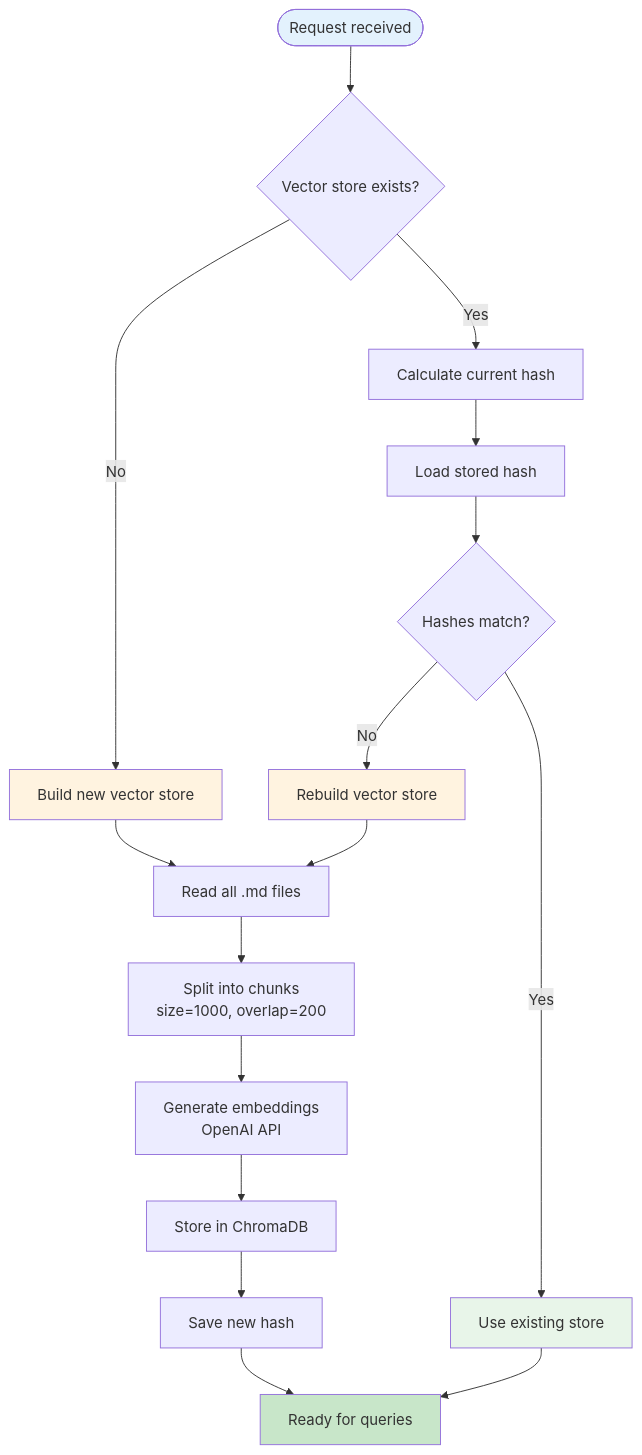
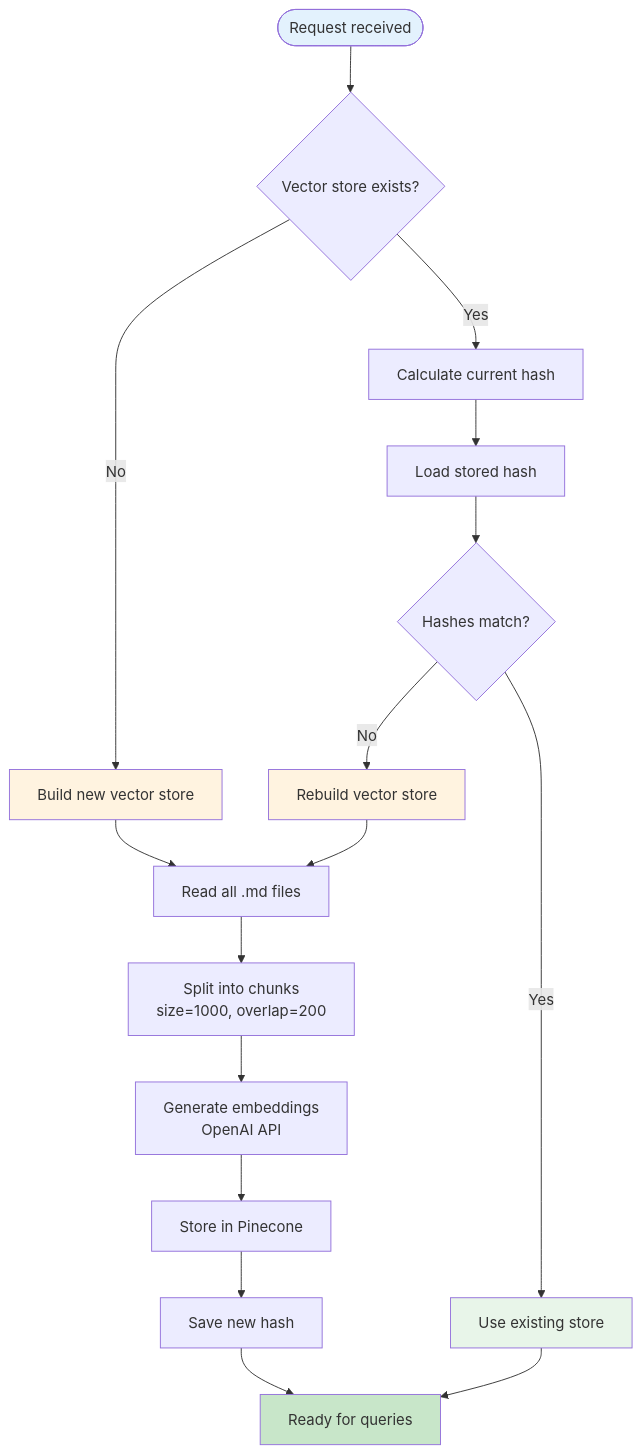
The third of 8 diagrams in README.md (NinobraV/knowra-onboarding-agent), drawn with Mermaid before and after one commit. The commit also changed other lines of this file and 6 other files, not shown here.

Commit message:
feat: Integrate Pinecone as vector store and enhance chunking service with advanced metadata extraction and quality metrics

````diff
--- a/README.md
+++ b/README.md
@@ -166,29 +171,29 @@
 ```mermaid
 flowchart TD
     START([Request received]) --> CHECK{Vector store exists?}
     CHECK -->|No| BUILD[Build new vector store]
     CHECK -->|Yes| HASH[Calculate current hash]
     
     HASH --> LOAD_HASH[Load stored hash]
     LOAD_HASH --> COMPARE{Hashes match?}
     
     COMPARE -->|Yes| SKIP[Use existing store]
     COMPARE -->|No| REBUILD[Rebuild vector store]
     
     BUILD --> READ[Read all .md files]
     REBUILD --> READ
     
     READ --> SPLIT[Split into chunks<br/>size=1000, overlap=200]
     SPLIT --> EMBED[Generate embeddings<br/>OpenAI API]
-    EMBED --> STORE[Store in ChromaDB]
+    EMBED --> STORE[Store in Pinecone]
     STORE --> SAVE_HASH[Save new hash]
     SAVE_HASH --> READY[Ready for queries]
     
     SKIP --> READY
     
     style START fill:#e3f2fd
     style BUILD fill:#fff3e0
     style REBUILD fill:#fff3e0
     style READY fill:#c8e6c9
     style SKIP fill:#e8f5e9
 ```
````
